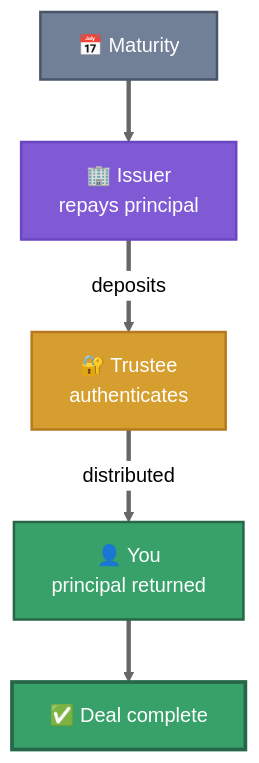
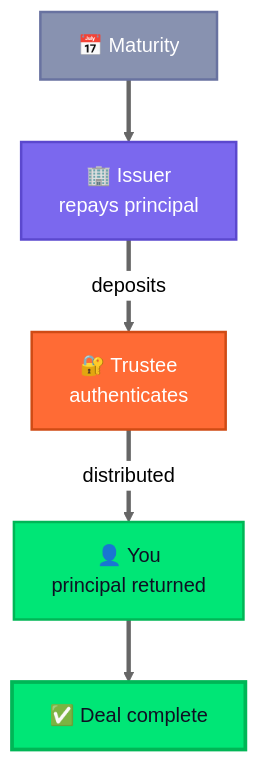
Diagram 11 of 16 in hugo-site/content/players.md (hrbrlife/sailsto_website), drawn with Mermaid (neutral theme) before and after one commit. The commit also changed other lines of this file and 9 other files, not shown here.

```diff
--- a/hugo-site/content/players.md
+++ b/hugo-site/content/players.md
@@ -493,17 +493,17 @@
         <div class="mermaid">
         flowchart TD
             MAT["📅 Maturity"]
             CO["🏢 Issuer&lt;br/&gt;repays principal"]
             TRU["🔐 Trustee&lt;br/&gt;authenticates"]
             YOU["👤 You&lt;br/&gt;principal returned"]
             DONE["✅ Deal complete"]
             MAT ==> CO
             CO ==>|"deposits"| TRU
             TRU ==>|"distributed"| YOU
             YOU ==> DONE
-            style MAT fill:#718096,color:#fff,stroke:#4a5568,stroke-width:2px
-            style CO fill:#805ad5,color:#fff,stroke:#6b46c1,stroke-width:2px
-            style TRU fill:#d69e2e,color:#fff,stroke:#b7791f,stroke-width:2px
-            style YOU fill:#38a169,color:#fff,stroke:#276749,stroke-width:2px
-            style DONE fill:#38a169,color:#fff,stroke:#276749,stroke-width:3px
+            style MAT fill:#8892B0,color:#fff,stroke:#6872A0,stroke-width:2px
+            style CO fill:#7B68EE,color:#fff,stroke:#5B48CE,stroke-width:2px
+            style TRU fill:#FF6B35,color:#fff,stroke:#CF4B15,stroke-width:2px
+            style YOU fill:#00E676,color:#0F0F23,stroke:#00B656,stroke-width:2px
+            style DONE fill:#00E676,color:#0F0F23,stroke:#00B656,stroke-width:3px
         </div>
```
